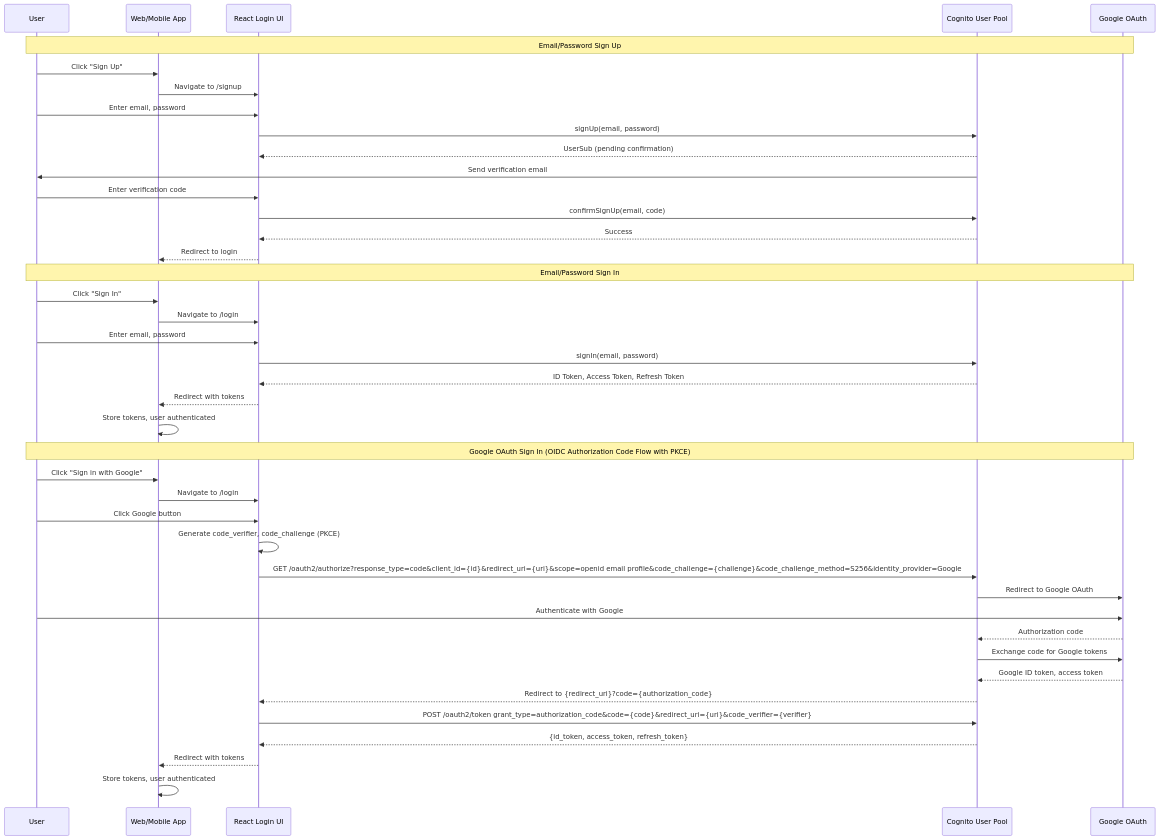
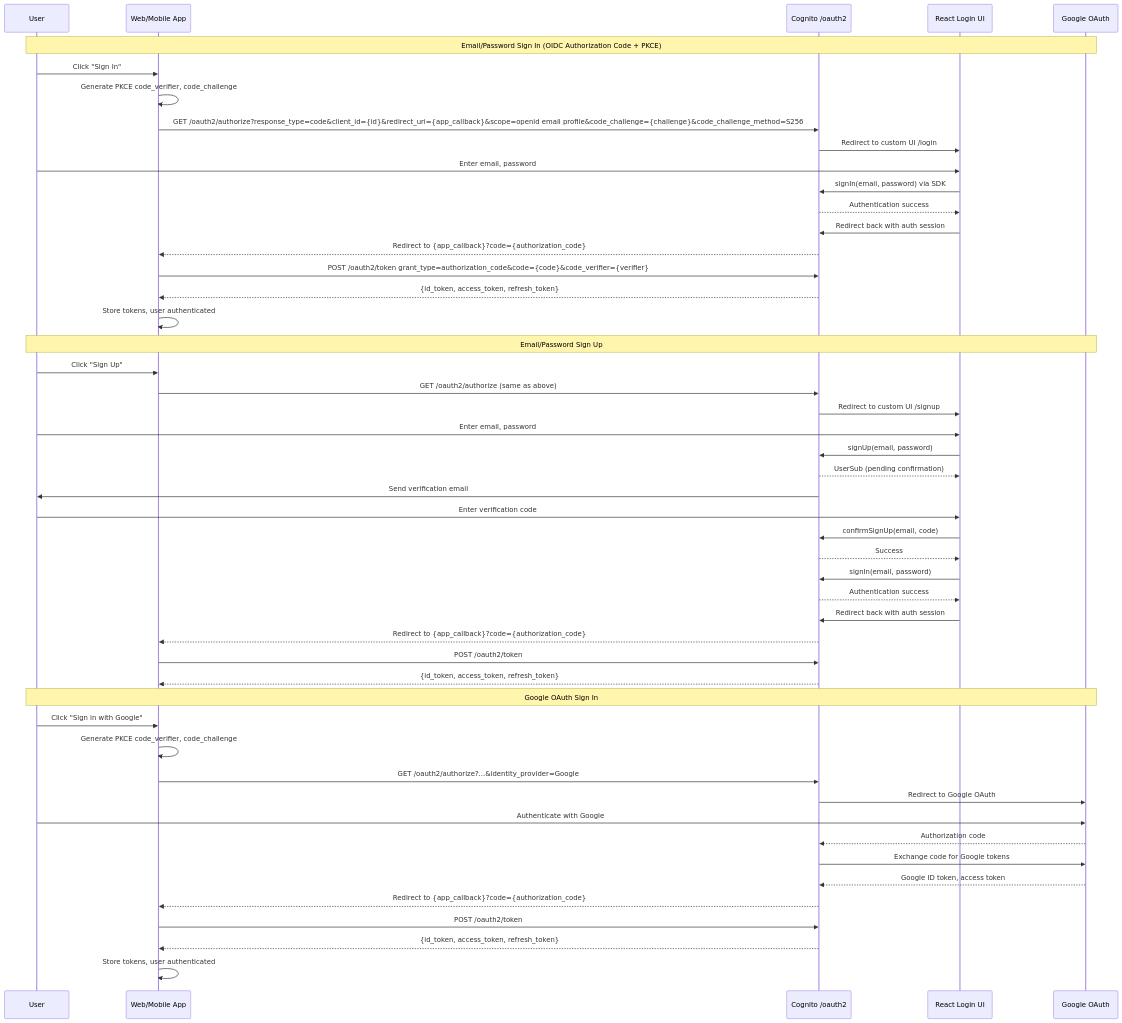
The second of 6 diagrams in .kiro/specs/thesafezone-idp/design.md (dumip/tsz-idp), drawn with Mermaid before and after one commit. The commit also changed other lines of this file and 1 other file, not shown here.

Commit message:
Updated tasks to reflect OIDC standard

````diff
--- a/.kiro/specs/thesafezone-idp/design.md
+++ b/.kiro/specs/thesafezone-idp/design.md
@@ -95,46 +112,54 @@
 ```mermaid
 sequenceDiagram
     participant User
     participant App as Web/Mobile App
+    participant Cognito as Cognito /oauth2
     participant LoginUI as React Login UI
-    participant Cognito as Cognito User Pool
     participant Google as Google OAuth
+
+    Note over User,Google: Email/Password Sign In (OIDC Authorization Code + PKCE)
+    User->>App: Click "Sign In"
+    App->>App: Generate PKCE code_verifier, code_challenge
+    App->>Cognito: GET /oauth2/authorize?response_type=code&client_id={id}&redirect_uri={app_callback}&scope=openid email profile&code_challenge={challenge}&code_challenge_method=S256
+    Cognito->>LoginUI: Redirect to custom UI /login
+    User->>LoginUI: Enter email, password
+    LoginUI->>Cognito: signIn(email, password) via SDK
+    Cognito-->>LoginUI: Authentication success
+    LoginUI->>Cognito: Redirect back with auth session
+    Cognito-->>App: Redirect to {app_callback}?code={authorization_code}
+    App->>Cognito: POST /oauth2/token grant_type=authorization_code&code={code}&code_verifier={verifier}
+    Cognito-->>App: {id_token, access_token, refresh_token}
+    App->>App: Store tokens, user authenticated
 
     Note over User,Google: Email/Password Sign Up
     User->>App: Click "Sign Up"
-    App->>LoginUI: Navigate to /signup
+    App->>Cognito: GET /oauth2/authorize (same as above)
+    Cognito->>LoginUI: Redirect to custom UI /signup
     User->>LoginUI: Enter email, password
     LoginUI->>Cognito: signUp(email, password)
     Cognito-->>LoginUI: UserSub (pending confirmation)
     Cognito->>User: Send verification email
     User->>LoginUI: Enter verification code
     LoginUI->>Cognito: confirmSignUp(email, code)
     Cognito-->>LoginUI: Success
-    LoginUI-->>App: Redirect to login
+    LoginUI->>Cognito: signIn(email, password)
+    Cognito-->>LoginUI: Authentication success
+    LoginUI->>Cognito: Redirect back with auth session
+    Cognito-->>App: Redirect to {app_callback}?code={authorization_code}
+    App->>Cognito: POST /oauth2/token
+    Cognito-->>App: {id_token, access_token, refresh_token}
 
-    Note over User,Google: Email/Password Sign In
-    User->>App: Click "Sign In"
-    App->>LoginUI: Navigate to /login
-    User->>LoginUI: Enter email, password
-    LoginUI->>Cognito: signIn(email, password)
-    Cognito-->>LoginUI: ID Token, Access Token, Refresh Token
-    LoginUI-->>App: Redirect with tokens
-    App->>App: Store tokens, user authenticated
-
-    Note over User,Google: Google OAuth Sign In (OIDC Authorization Code Flow with PKCE)
+    Note over User,Google: Google OAuth Sign In
     User->>App: Click "Sign in with Google"
-    App->>LoginUI: Navigate to /login
-    User->>LoginUI: Click Google button
-    LoginUI->>LoginUI: Generate code_verifier, code_challenge (PKCE)
-    LoginUI->>Cognito: GET /oauth2/authorize?response_type=code&client_id={id}&redirect_uri={uri}&scope=openid email profile&code_challenge={challenge}&code_challenge_method=S256&identity_provider=Google
+    App->>App: Generate PKCE code_verifier, code_challenge
+    App->>Cognito: GET /oauth2/authorize?...&identity_provider=Google
     Cognito->>Google: Redirect to Google OAuth
     User->>Google: Authenticate with Google
     Google-->>Cognito: Authorization code
     Cognito->>Google: Exchange code for Google tokens
     Google-->>Cognito: Google ID token, access token
-    Cognito-->>LoginUI: Redirect to {redirect_uri}?code={authorization_code}
-    LoginUI->>Cognito: POST /oauth2/token grant_type=authorization_code&code={code}&redirect_uri={uri}&code_verifier={verifier}
-    Cognito-->>LoginUI: {id_token, access_token, refresh_token}
-    LoginUI-->>App: Redirect with tokens
+    Cognito-->>App: Redirect to {app_callback}?code={authorization_code}
+    App->>Cognito: POST /oauth2/token
+    Cognito-->>App: {id_token, access_token, refresh_token}
     App->>App: Store tokens, user authenticated
 ```
````
